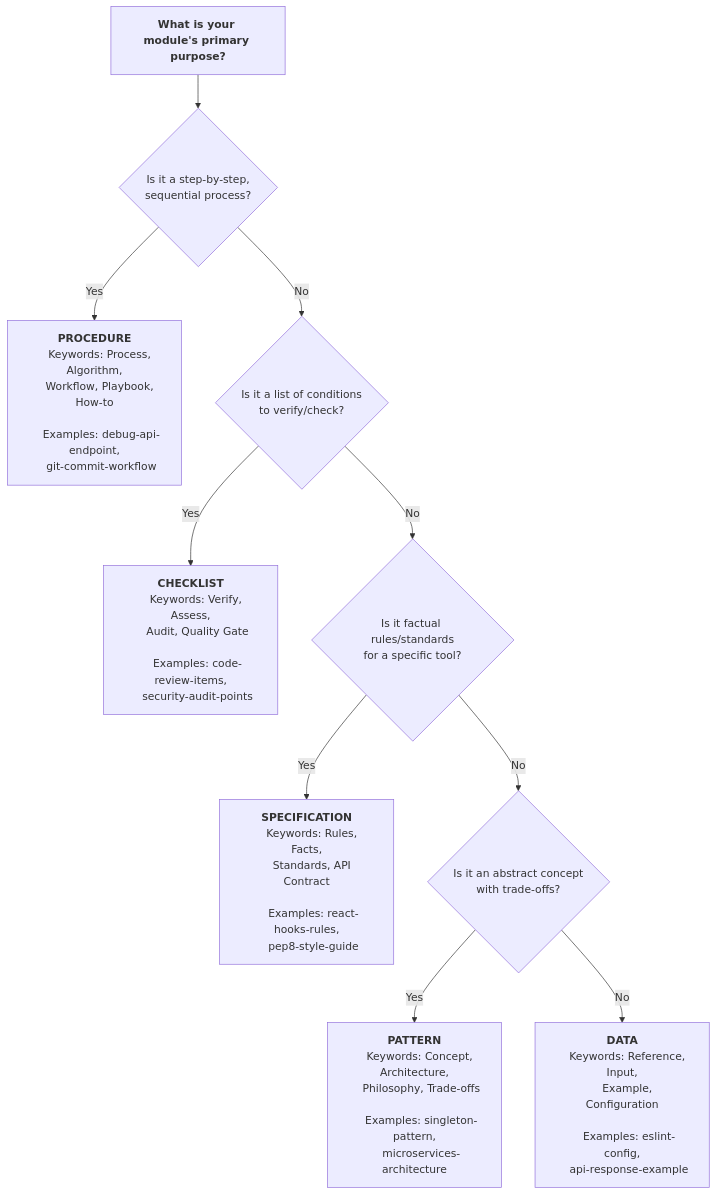
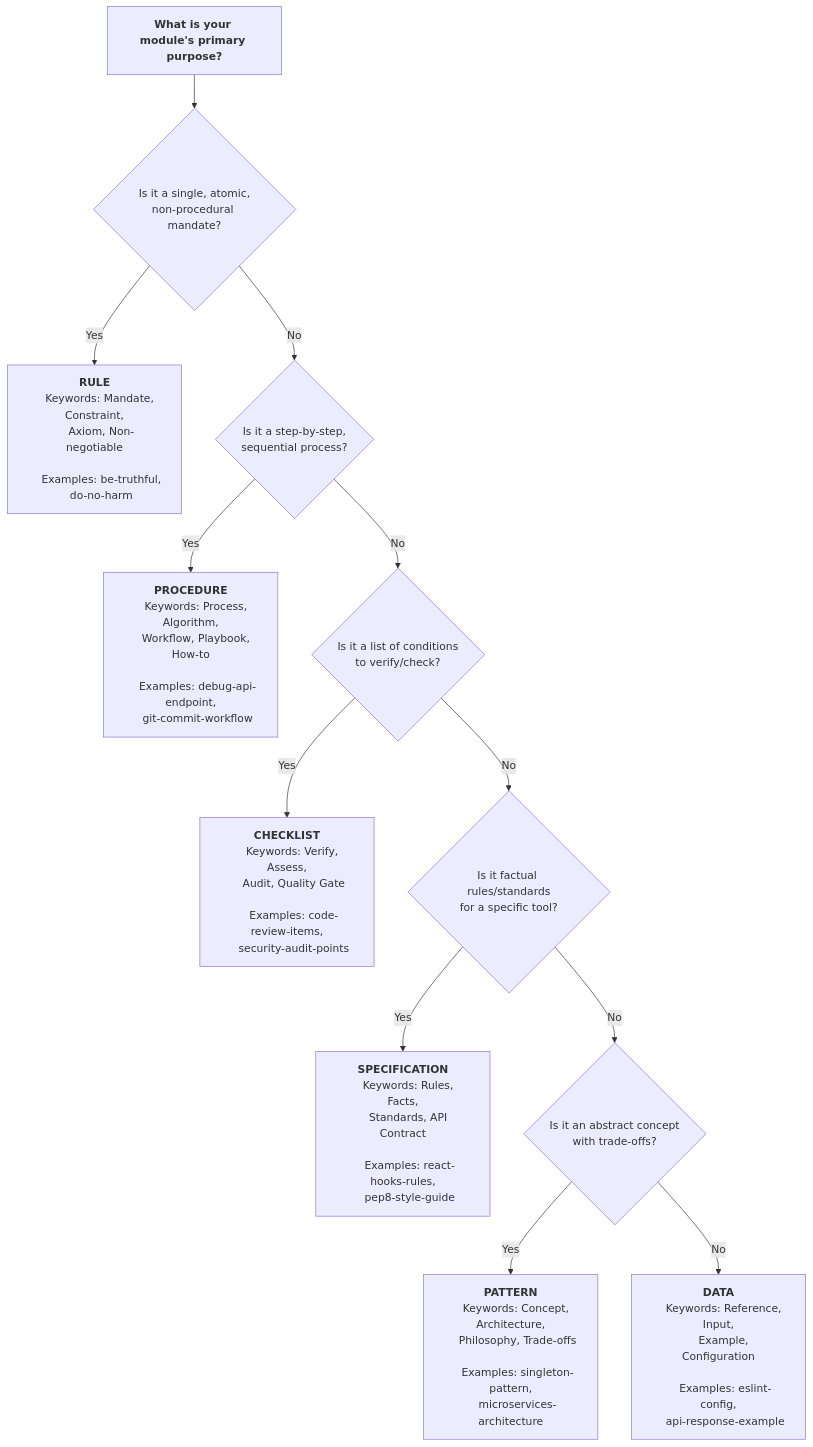
Before and after one commit to synthable/copilot-instructions-cli: the first of 2 diagrams in docs/3-authoring/01-module-authoring-guide.md, drawn with Mermaid. The commit also changed other lines of this file and 307 other files, not shown here.

````diff
--- a/docs/3-authoring/01-module-authoring-guide.md
+++ b/docs/3-authoring/01-module-authoring-guide.md
@@ -131,55 +148,66 @@
 ```mermaid
 graph TD
-    Start["`**What is your module's primary purpose?**`"] --> Q1{"`Is it a step-by-step,
+    Start["`**What is your module's primary purpose?**`"] --> Q1{"`Is it a single, atomic,
+    non-procedural mandate?`"}
+
+    Q1 -->|Yes| RULE["`**RULE**
+
+    Keywords: Mandate, Constraint,
+    Axiom, Non-negotiable
+
+    Examples: be-truthful,
+    do-no-harm`"]
+
+    Q1 -->|No| Q2{"`Is it a step-by-step,
     sequential process?`"}
 
-    Q1 -->|Yes| PROC["`**PROCEDURE**
+    Q2 -->|Yes| PROC["`**PROCEDURE**
 
     Keywords: Process, Algorithm,
     Workflow, Playbook, How-to
 
     Examples: debug-api-endpoint,
     git-commit-workflow`"]
 
-    Q1 -->|No| Q2{"`Is it a list of conditions
+    Q2 -->|No| Q3{"`Is it a list of conditions
     to verify/check?`"}
 
-    Q2 -->|Yes| CHECK["`**CHECKLIST**
+    Q3 -->|Yes| CHECK["`**CHECKLIST**
 
     Keywords: Verify, Assess,
     Audit, Quality Gate
 
     Examples: code-review-items,
     security-audit-points`"]
 
-    Q2 -->|No| Q3{"`Is it factual rules/standards
+    Q3 -->|No| Q4{"`Is it factual rules/standards
     for a specific tool?`"}
 
-    Q3 -->|Yes| SPEC["`**SPECIFICATION**
+    Q4 -->|Yes| SPEC["`**SPECIFICATION**
 
     Keywords: Rules, Facts,
     Standards, API Contract
 
     Examples: react-hooks-rules,
     pep8-style-guide`"]
 
-    Q3 -->|No| Q4{"`Is it an abstract concept
+    Q4 -->|No| Q5{"`Is it an abstract concept
     with trade-offs?`"}
 
-    Q4 -->|Yes| PATT["`**PATTERN**
+    Q5 -->|Yes| PATT["`**PATTERN**
 
     Keywords: Concept, Architecture,
     Philosophy, Trade-offs
 
     Examples: singleton-pattern,
     microservices-architecture`"]
 
-    Q4 -->|No| DATA["`**DATA**
+    Q5 -->|No| DATA["`**DATA**
 
     Keywords: Reference, Input,
     Example, Configuration
 
     Examples: eslint-config,
     api-response-example`"]
 
 ```
````
